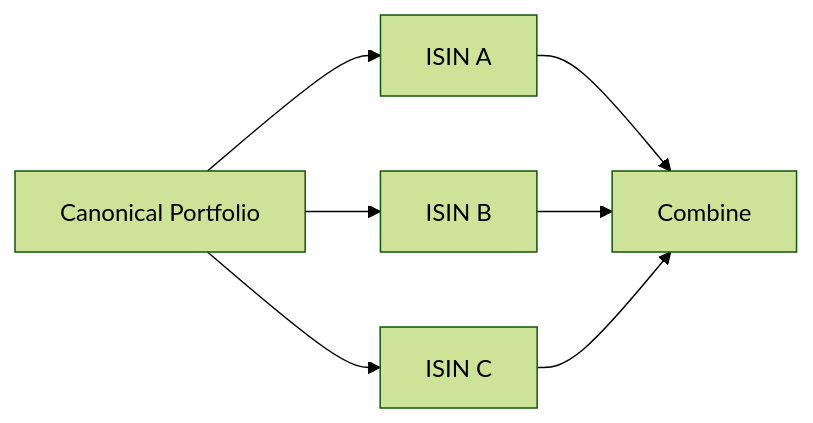
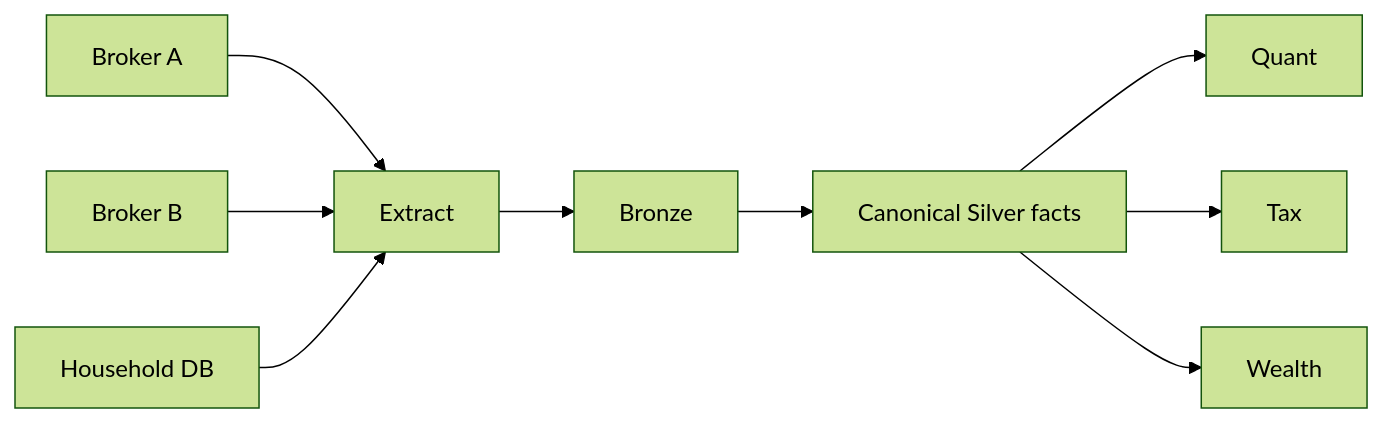
The third of 7 diagrams in docs/developer/development-guide.md (tks18/personal-finance-etl), drawn with Mermaid (forest theme) before and after one commit. The commit also changed other lines of this file, not shown here.

````diff
--- a/docs/developer/development-guide.md
+++ b/docs/developer/development-guide.md
@@ -313,9 +65,11 @@
 ```mermaid
 flowchart LR
-    PORT["Canonical Portfolio"] --> A["ISIN A"]
-    PORT --> B["ISIN B"]
-    PORT --> C["ISIN C"]
-    A --> COMB["Combine"]
-    B --> COMB
-    C --> COMB
+    B1[Broker A] --> E[Extract]
+    B2[Broker B] --> E
+    H[Household DB] --> E
+    E --> B[Bronze]
+    B --> C[Canonical Silver facts]
+    C --> Q[Quant]
+    C --> T[Tax]
+    C --> W[Wealth]
 ```
````
